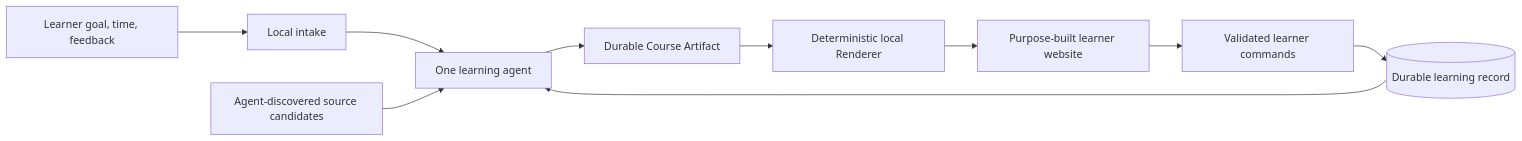
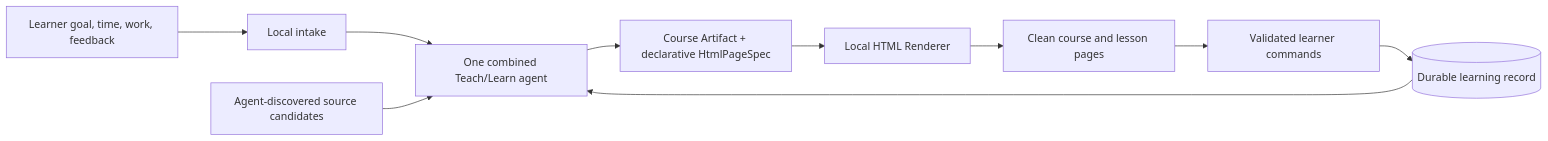
Before and after one commit to Z-Lemke/OpenBook: the first of 2 diagrams in docs/factory/Solution.md, drawn with Mermaid. The commit also changed other lines of this file and 1 other file, not shown here.

````diff
--- a/docs/factory/Solution.md
+++ b/docs/factory/Solution.md
@@ -30,12 +30,12 @@
 ```mermaid
 flowchart LR
-  learner["Learner goal, time, feedback"] --> intake["Local intake"]
-  intake --> agent["One learning agent"]
+  learner["Learner goal, time, work, feedback"] --> intake["Local intake"]
+  intake --> agent["One combined Teach/Learn agent"]
   sources["Agent-discovered source candidates"] --> agent
-  agent --> artifact["Durable Course Artifact"]
-  artifact --> renderer["Deterministic local Renderer"]
-  renderer --> learnerUI["Purpose-built learner website"]
-  learnerUI --> commands["Validated learner commands"]
+  agent --> artifact["Course Artifact + declarative HtmlPageSpec"]
+  artifact --> renderer["Local HTML Renderer"]
+  renderer --> website["Clean course and lesson pages"]
+  website --> commands["Validated learner commands"]
   commands --> record[("Durable learning record")]
   record --> agent
 ```
````
